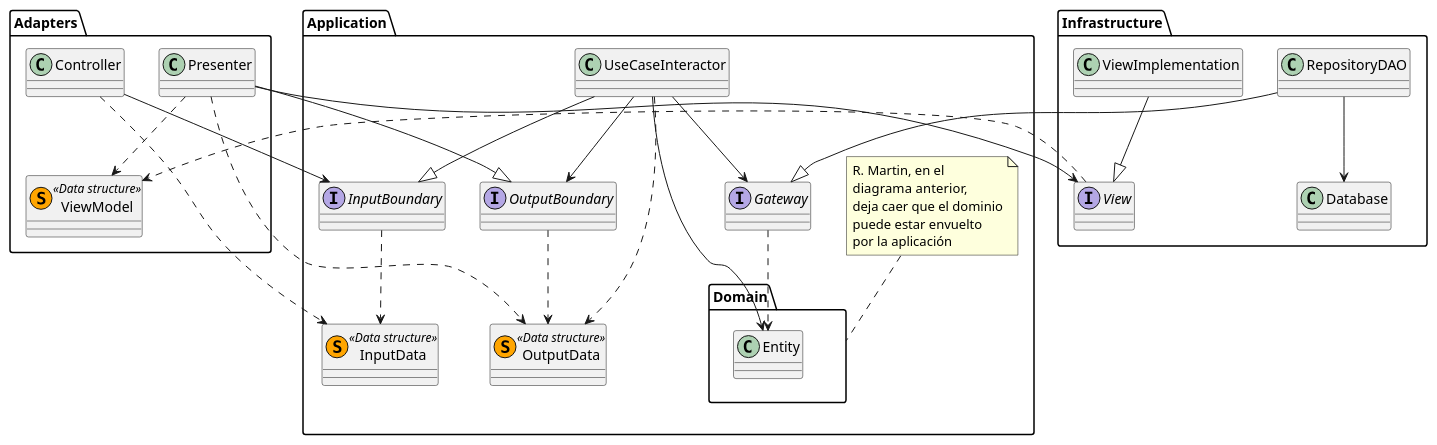
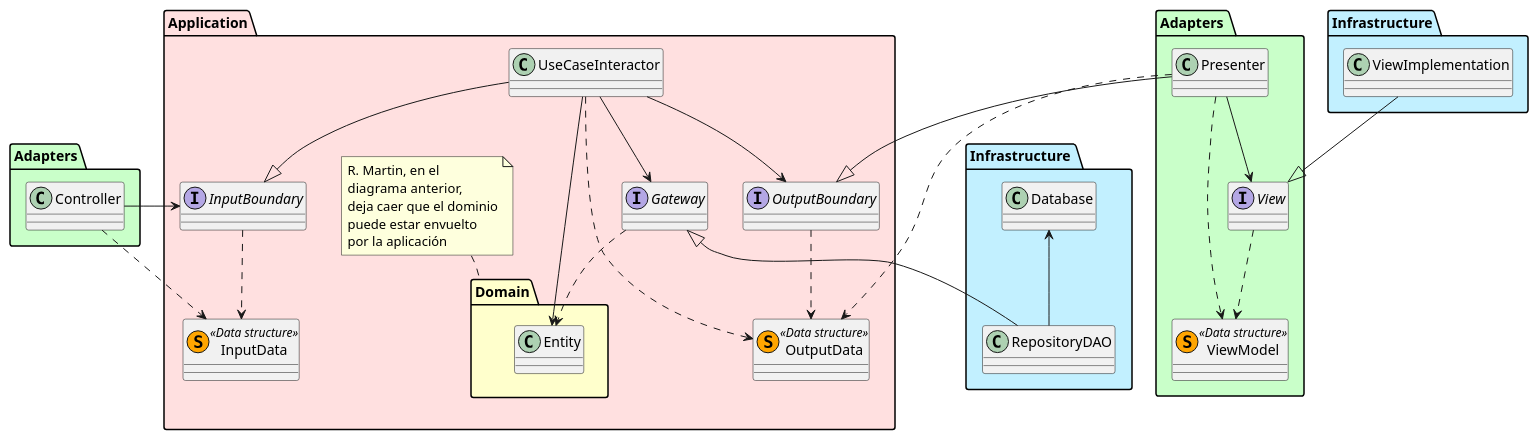
One commit to x-USantaTecla-game-uno/requirements changed the diagram in Docs/Architecture/CleanArchitecture-ClassesDiagram.puml. Above: the diagram before and after it, drawn with PlantUML. The commit also changed 8 other files, not shown here.

```diff
--- a/Docs/Architecture/CleanArchitecture-ClassesDiagram.puml
+++ b/Docs/Architecture/CleanArchitecture-ClassesDiagram.puml
@@ -1,68 +1,76 @@
 @startuml
 'https://plantuml.com/class-diagram
 
-package Application
+package Application #Implementation
 {
-    package Domain
+    package Domain #Business
     {
         class Entity
     }
     note top of Domain
     R. Martin, en el
     diagrama anterior,
     deja caer que el dominio
     puede estar envuelto
     por la aplicación
     end note
 
     UseCaseInteractor --> Entity
     
     UseCaseInteractor --|> InputBoundary 
     
     UseCaseInteractor ..> OutputData
     UseCaseInteractor --> OutputBoundary
    
     UseCaseInteractor --> Gateway
     
     interface InputBoundary
     interface OutputBoundary
     
     InputBoundary ..> InputData
     OutputBoundary ..> OutputData
     
     class InputData << (S, orange) Data structure>>
     class OutputData << (S, orange) Data structure>>
     
     interface Gateway
     Gateway ..> Entity
 }
 
-package Infrastructure
+package "Infrastructure " #Application
+{
+    RepositoryDAO -u-|> Gateway
+    RepositoryDAO -u-> Database    
+}
+
+package Adapters #Technology
+{
+    Controller .r.> InputData
+    Controller -r-> InputBoundary
+}
+
+package Infrastructure #Application
+{
+    class ViewImplementation
+}
+
+package "Adapters " #Technology
 {
     interface View
-    
-    RepositoryDAO --|> Gateway
-    RepositoryDAO --> Database
-    
     ViewImplementation --|> View
-}
 
-package Adapters
-{
-    Controller ..> InputData
-    Controller --> InputBoundary
     
     Presenter --|> OutputBoundary
     Presenter ..> OutputData
     
     Presenter ..> ViewModel
     Presenter --> View
     
     View ..> ViewModel
     
     class ViewModel << (S, orange) Data structure>>
 }
 
 
 
 @enduml
```
